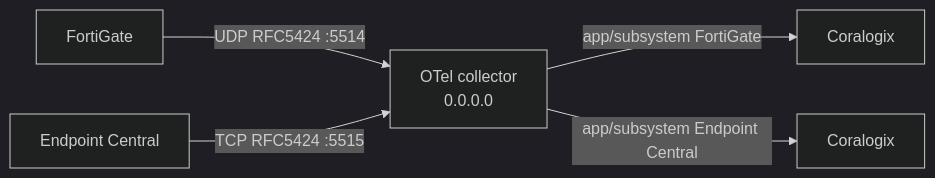
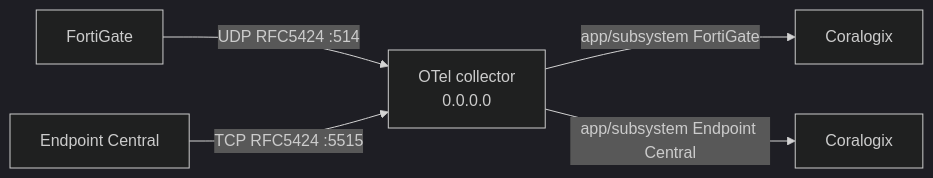
One commit to qibal-act/syslog-cx changed the diagram in README.md. Above: the diagram before and after it, drawn with Mermaid (dark theme). The commit also changed other lines of this file and 4 other files, not shown here.

````diff
--- a/README.md
+++ b/README.md
@@ -13,7 +13,7 @@
 ```mermaid
 flowchart LR
-  FGT[FortiGate] -->|UDP RFC5424 :5514| COL[OTel collector<br/>0.0.0.0]
+  FGT[FortiGate] -->|UDP RFC5424 :514| COL[OTel collector<br/>0.0.0.0]
   EC[Endpoint Central] -->|TCP RFC5424 :5515| COL
   COL -->|app/subsystem FortiGate| CX1[Coralogix]
   COL -->|app/subsystem Endpoint Central| CX2[Coralogix]
 ```
````
